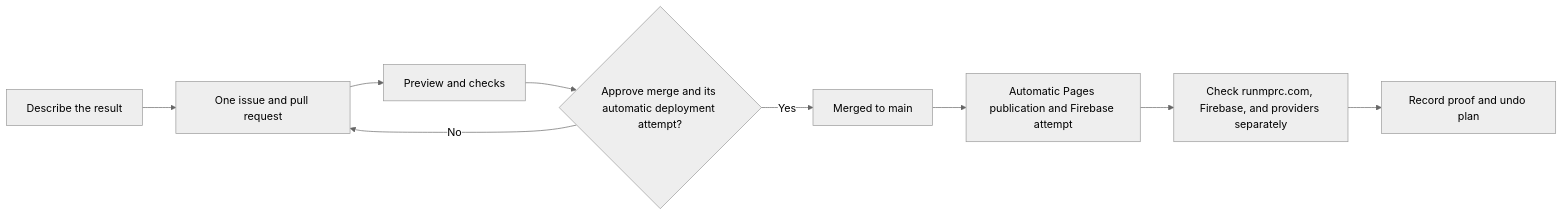
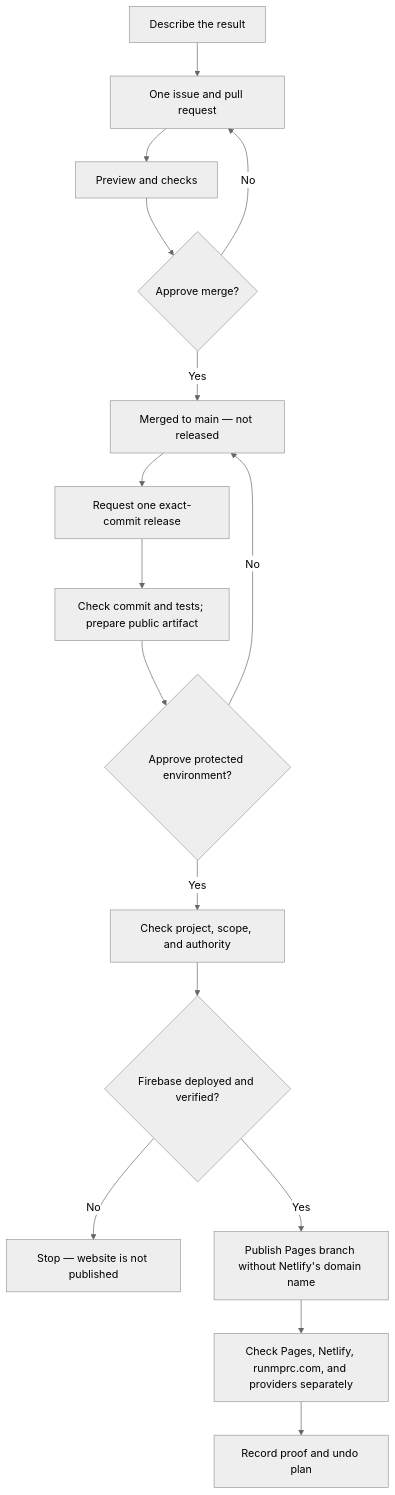
One commit to Run-MPRC/Run-MPRC.github.io changed the diagram in OFFICER_HANDBOOK.md. Above: the diagram before and after it, drawn with Mermaid (neutral theme). The commit also changed other lines of this file and 25 other files, not shown here.

````diff
--- a/OFFICER_HANDBOOK.md
+++ b/OFFICER_HANDBOOK.md
@@ -11,11 +11,18 @@
 ```mermaid
-flowchart LR
+flowchart TD
     Ask["Describe the result"] --> Track["One issue and pull request"]
     Track --> Preview["Preview and checks"]
-    Preview --> Approve{"Approve merge and its automatic deployment attempt?"}
+    Preview --> Approve{"Approve merge?"}
     Approve -- "No" --> Track
-    Approve -- "Yes" --> Merged["Merged to main"]
-    Merged --> Auto["Automatic Pages publication and Firebase attempt"]
-    Auto --> Verify["Check runmprc.com, Firebase, and providers separately"]
+    Approve -- "Yes" --> Merged["Merged to main — not released"]
+    Merged --> Request["Request one exact-commit release"]
+    Request --> Preflight["Check commit and tests; prepare public artifact"]
+    Preflight --> Release{"Approve protected environment?"}
+    Release -- "No" --> Merged
+    Release -- "Yes" --> Gate["Check project, scope, and authority"]
+    Gate --> Backend{"Firebase deployed and verified?"}
+    Backend -- "No" --> Stop["Stop — website is not published"]
+    Backend -- "Yes" --> Pages["Publish Pages branch without Netlify's domain name"]
+    Pages --> Verify["Check Pages, Netlify, runmprc.com, and providers separately"]
     Verify --> Record["Record proof and undo plan"]
 ```
````
